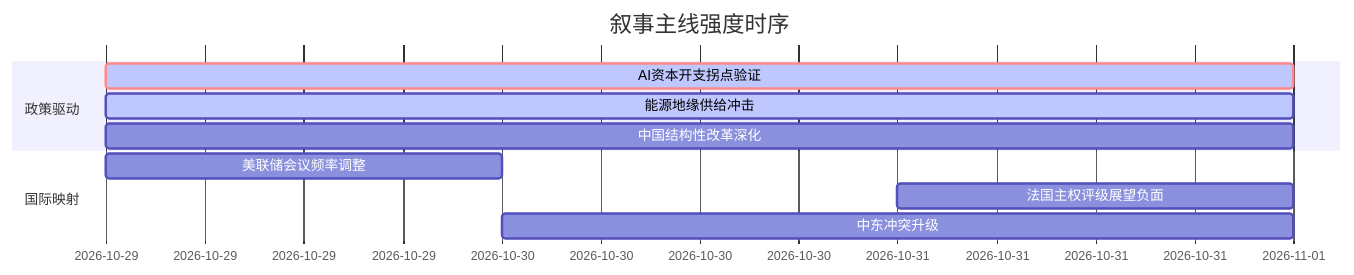
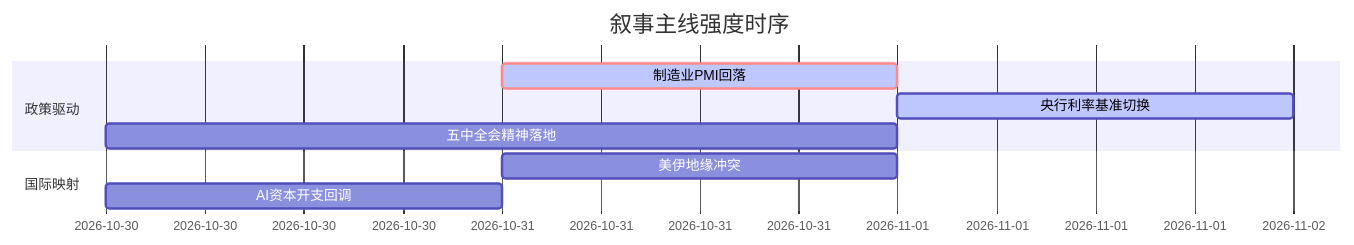
Before and after one commit to uu5zn/uu5zn.github.io: the diagram in 5day_report.md, drawn with Mermaid. The commit also changed other lines of this file and 4 other files, not shown here.

````diff
--- a/5day_report.md
+++ b/5day_report.md
@@ -56,14 +59,13 @@
 ```mermaid
 gantt
     title 叙事主线强度时序
     dateFormat  YYYY-MM-DD
     section 政策驱动
-    AI资本开支拐点验证   :crit, active, 2026-10-29, 3d
-    能源地缘供给冲击     :active, 2026-10-29, 3d
-    中国结构性改革深化    :2026-10-29, 3d
+    制造业PMI回落   :crit, active, 2026-10-31, 1d
+    央行利率基准切换 :active, 2026-11-01, 1d
+    五中全会精神落地 :2026-10-30, 2d
     
     section 国际映射
-    美联储会议频率调整   :2026-10-29, 1d
-    法国主权评级展望负面  :2026-10-31, 1d
-    中东冲突升级          :2026-10-30, 2d
+    美伊地缘冲突   :2026-10-31, 1d
+    AI资本开支回调 :2026-10-30, 1d
 ```
````
